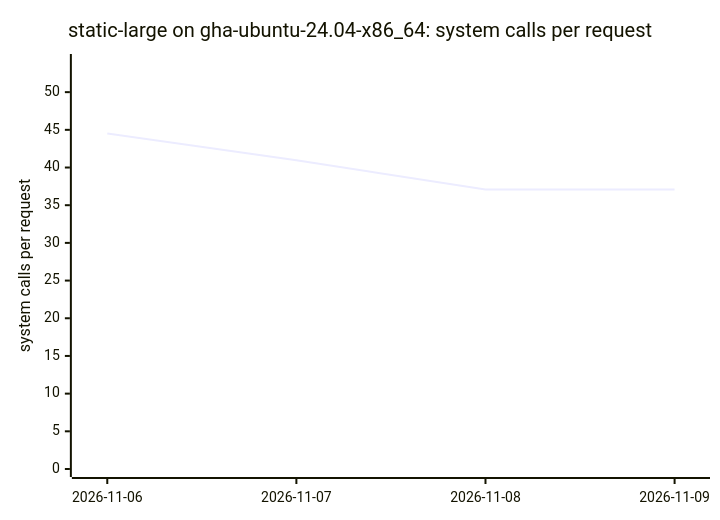
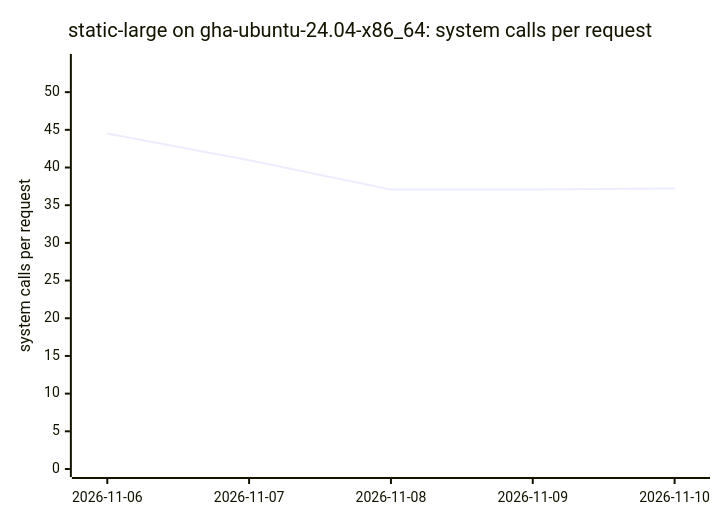
Diagram 11 of 18 in BENCHMARKS.md (ThePixelPilgrim/durchlauferhitzer), drawn with Mermaid before and after one commit. The commit also changed other lines of this file and 1 other file, not shown here.

````diff
--- a/BENCHMARKS.md
+++ b/BENCHMARKS.md
@@ -128,7 +128,7 @@
 ```mermaid
 xychart-beta
   title "static-large on gha-ubuntu-24.04-x86_64: system calls per request"
-  x-axis ["2026-11-06", "2026-11-07", "2026-11-08", "2026-11-09"]
+  x-axis ["2026-11-06", "2026-11-07", "2026-11-08", "2026-11-09", "2026-11-10"]
   y-axis "system calls per request" 0 --> 54
-  line [44.52, 40.96, 37.07, 37.09]
+  line [44.52, 40.96, 37.07, 37.09, 37.22]
 ```
````
